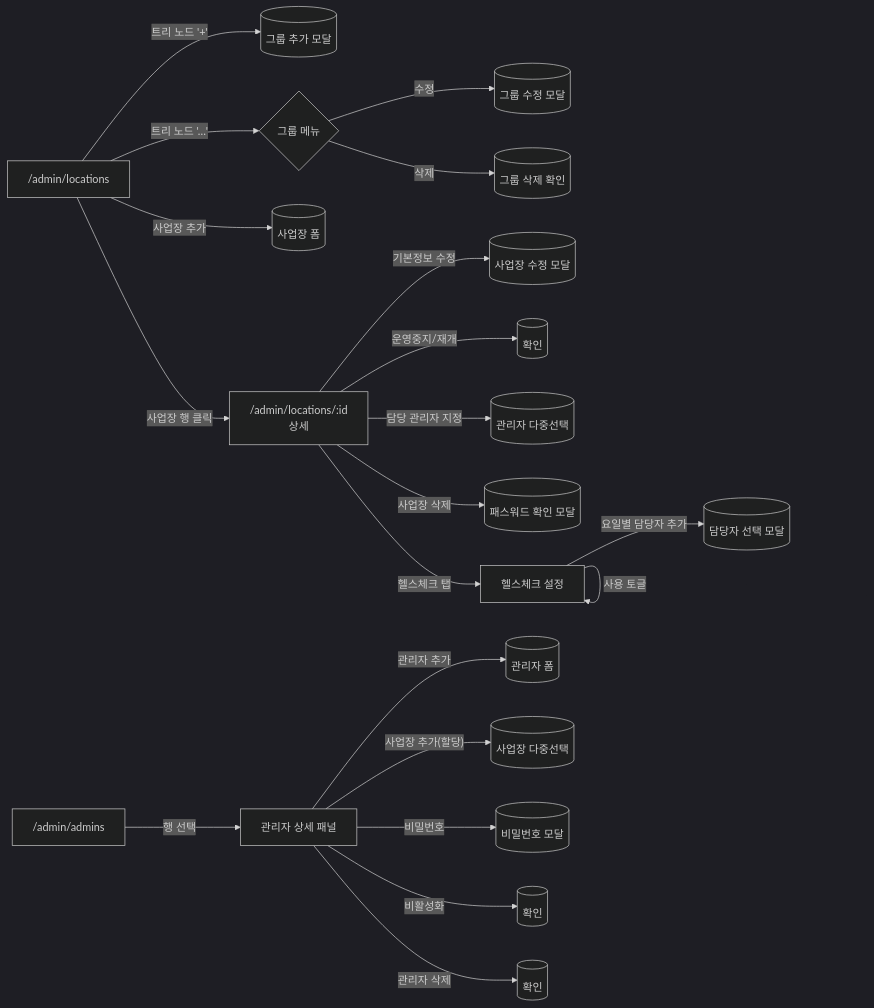
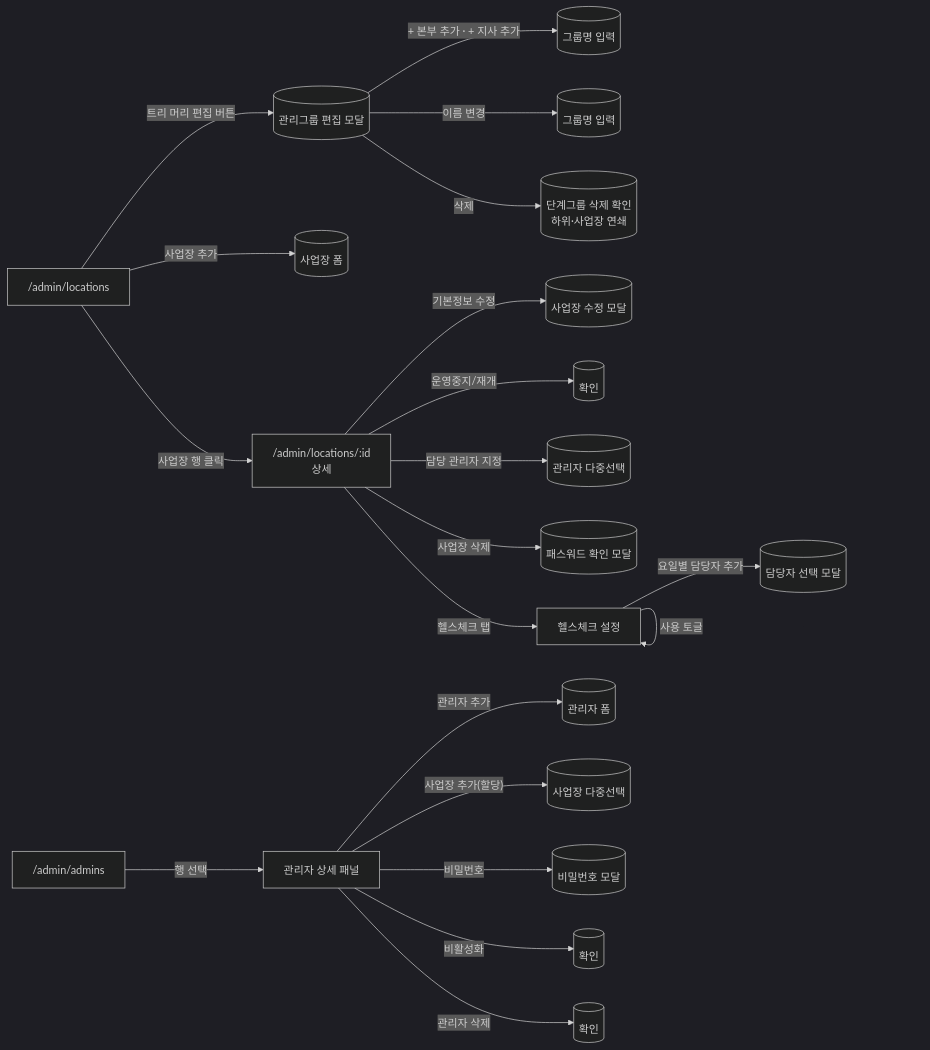
One commit to S-Tec-System-R-D/s-patrol_fe changed the tenth of 15 diagrams in docs/flow.md. Above: the diagram before and after it, drawn with Mermaid. The commit also changed other lines of this file and 10 other files, not shown here.

````diff
--- a/docs/flow.md
+++ b/docs/flow.md
@@ -288,27 +285,27 @@
 ```mermaid
 %%{init: {'theme':'dark'}}%%
 flowchart LR
-    LL["/admin/locations"] -- "트리 노드 '+'" --> GAdd[(그룹 추가 모달)]
-    LL -- "트리 노드 '…'" --> GMenu{그룹 메뉴}
-    GMenu -- 수정 --> GEdit[(그룹 수정 모달)]
-    GMenu -- 삭제 --> GDel[(그룹 삭제 확인)]
+    LL["/admin/locations"] -- "트리 머리 편집 버튼" --> GEditM[(관리그룹 편집 모달)]
+    GEditM -- "+ 본부 추가 · + 지사 추가" --> GAdd[(그룹명 입력)]
+    GEditM -- "이름 변경" --> GEdit[(그룹명 입력)]
+    GEditM -- "삭제" --> GDel[("단계그룹 삭제 확인<br/>하위·사업장 연쇄")]
 
     LL -- "사업장 추가" --> SAdd[(사업장 폼)]
     LL -- 사업장 행 클릭 --> LD["/admin/locations/:id<br/>상세"]
 
     LD -- "기본정보 수정" --> SEdit[(사업장 수정 모달)]
     LD -- "운영중지/재개" --> Conf1[(확인)]
     LD -- "담당 관리자 지정" --> AAssign[(관리자 다중선택)]
     LD -- "사업장 삭제" --> SDel[(패스워드 확인 모달)]
 
     LD -- "헬스체크 탭" --> LH[헬스체크 설정]
     LH -- "사용 토글" --> LH
     LH -- "요일별 담당자 추가" --> AddCnt[(담당자 선택 모달)]
 
     AA["/admin/admins"] -- 행 선택 --> AD[관리자 상세 패널]
     AD -- "관리자 추가" --> AForm[(관리자 폼)]
     AD -- "사업장 추가(할당)" --> ASite[(사업장 다중선택)]
     AD -- "비밀번호" --> APwd[(비밀번호 모달)]
     AD -- "비활성화" --> Conf2[(확인)]
     AD -- "관리자 삭제" --> Conf3[(확인)]
 ```
````
